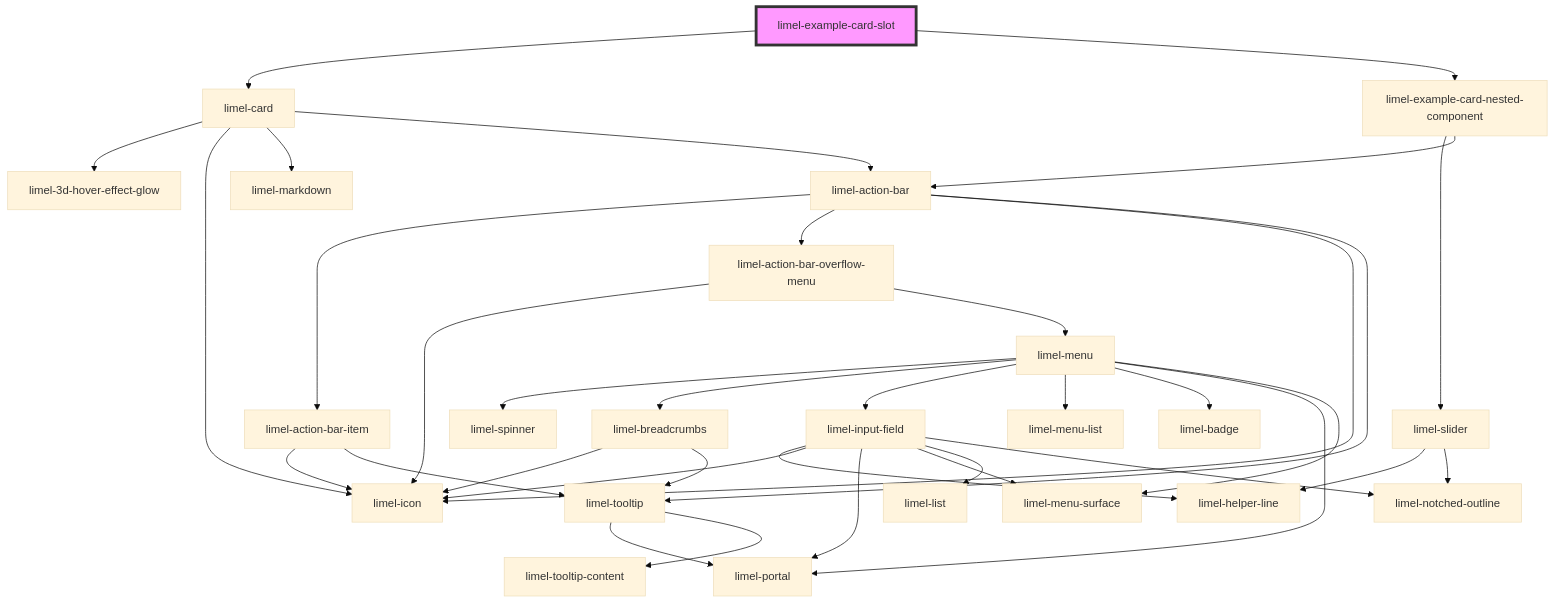
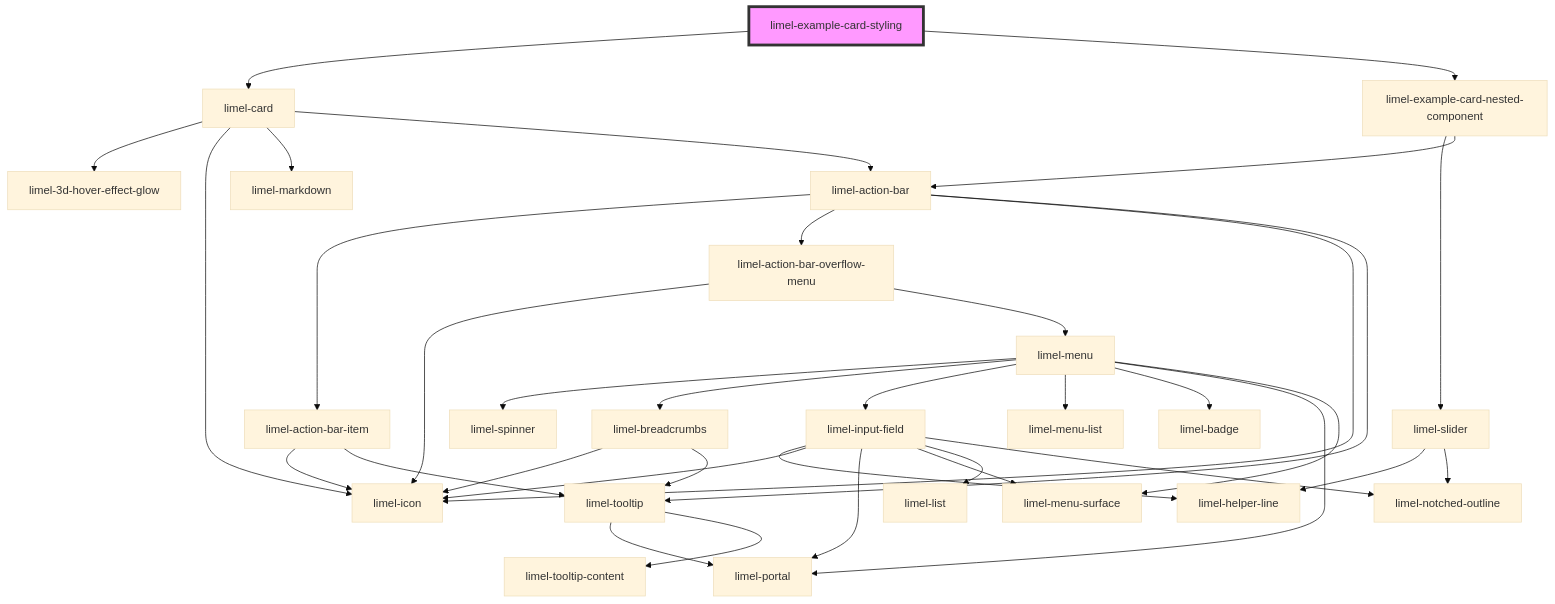
The diagram in versions/PR-4004/markdown-docs/components/card/examples/readme.md (Lundalogik/lime-elements), drawn with Mermaid (base theme) before and after one commit. The commit also changed other lines of this file and 4 other files, not shown here.

````diff
--- a/versions/PR-4004/markdown-docs/components/card/examples/readme.md
+++ b/versions/PR-4004/markdown-docs/components/card/examples/readme.md
@@ -19,39 +19,39 @@
 ```mermaid
 graph TD;
-  limel-example-card-slot --> limel-card
-  limel-example-card-slot --> limel-example-card-nested-component
+  limel-example-card-styling --> limel-card
+  limel-example-card-styling --> limel-example-card-nested-component
   limel-card --> limel-3d-hover-effect-glow
   limel-card --> limel-icon
   limel-card --> limel-markdown
   limel-card --> limel-action-bar
   limel-action-bar --> limel-action-bar-item
   limel-action-bar --> limel-action-bar-overflow-menu
   limel-action-bar --> limel-icon
   limel-action-bar --> limel-tooltip
   limel-action-bar-item --> limel-icon
   limel-action-bar-item --> limel-tooltip
   limel-tooltip --> limel-portal
   limel-tooltip --> limel-tooltip-content
   limel-action-bar-overflow-menu --> limel-icon
   limel-action-bar-overflow-menu --> limel-menu
   limel-menu --> limel-spinner
   limel-menu --> limel-breadcrumbs
   limel-menu --> limel-input-field
   limel-menu --> limel-menu-list
   limel-menu --> limel-badge
   limel-menu --> limel-portal
   limel-menu --> limel-menu-surface
   limel-breadcrumbs --> limel-icon
   limel-breadcrumbs --> limel-tooltip
   limel-input-field --> limel-helper-line
   limel-input-field --> limel-icon
   limel-input-field --> limel-portal
   limel-input-field --> limel-menu-surface
   limel-input-field --> limel-list
   limel-input-field --> limel-notched-outline
   limel-example-card-nested-component --> limel-slider
   limel-example-card-nested-component --> limel-action-bar
   limel-slider --> limel-helper-line
   limel-slider --> limel-notched-outline
-  style limel-example-card-slot fill:#f9f,stroke:#333,stroke-width:4px
+  style limel-example-card-styling fill:#f9f,stroke:#333,stroke-width:4px
 ```
````
